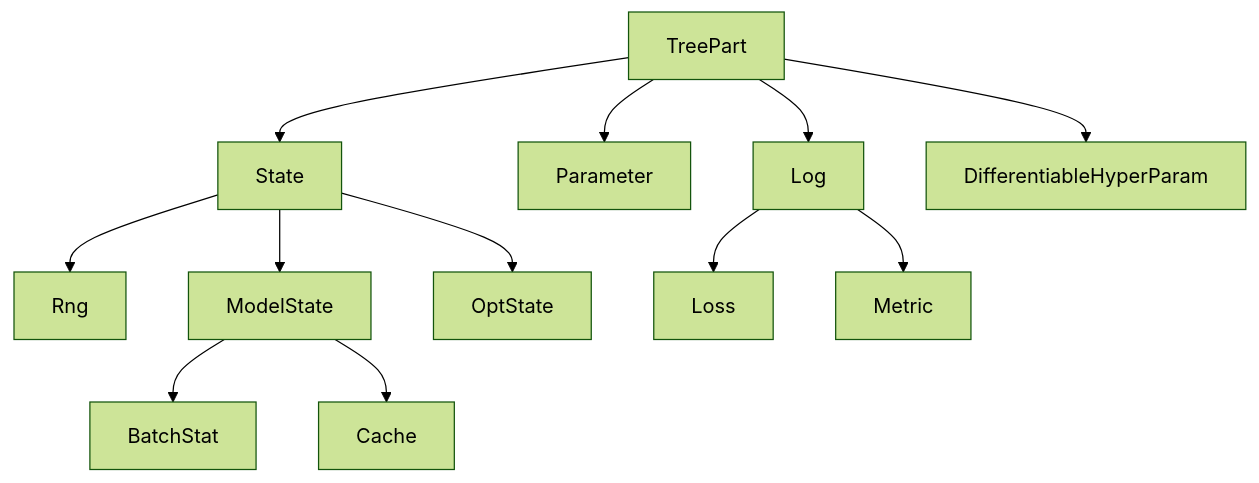
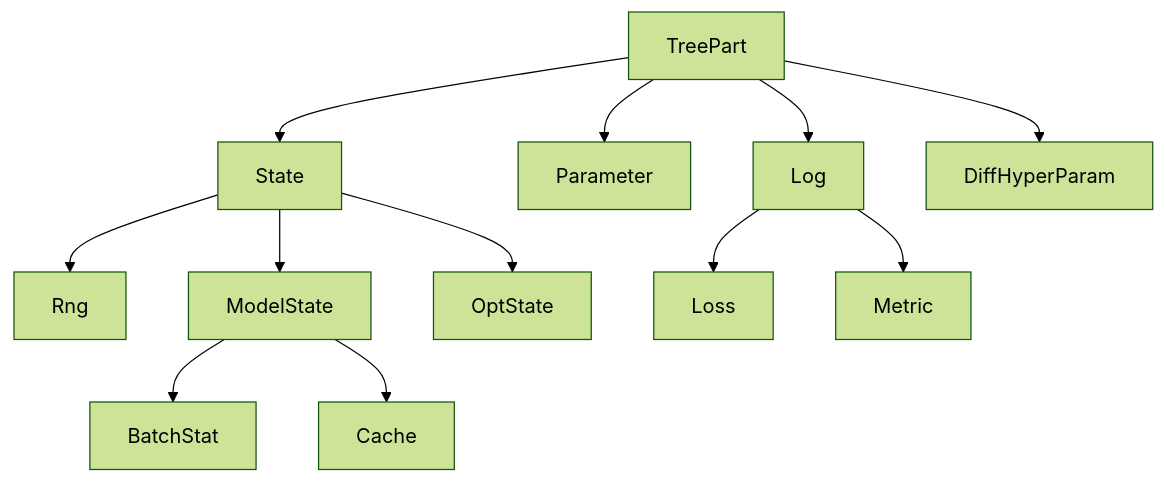
Before and after one commit to cgarciae/treex: the diagram in README.md, drawn with Mermaid (forest theme). The commit also changed 7 other files, not shown here.

````diff
--- a/README.md
+++ b/README.md
@@ -436,14 +436,14 @@
 ```mermaid
 graph TD;
     TreePart-->State;
     TreePart-->Parameter;
     State-->Rng;
     State-->ModelState;
     State-->OptState;
     ModelState-->BatchStat;
     ModelState-->Cache;
     TreePart-->Log;
     Log-->Loss;
     Log-->Metric;
-    TreePart-->DifferentiableHyperParam;
+    TreePart-->DiffHyperParam;
 ```
````
